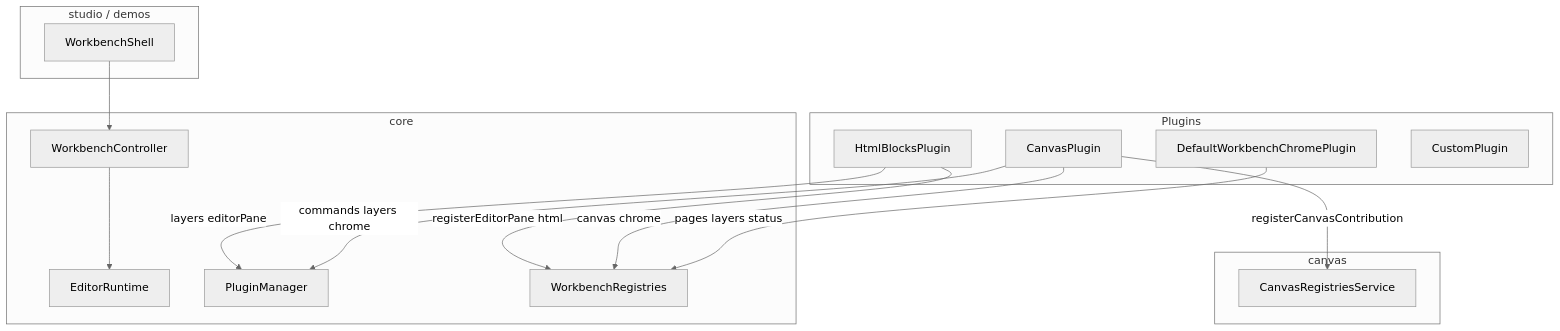
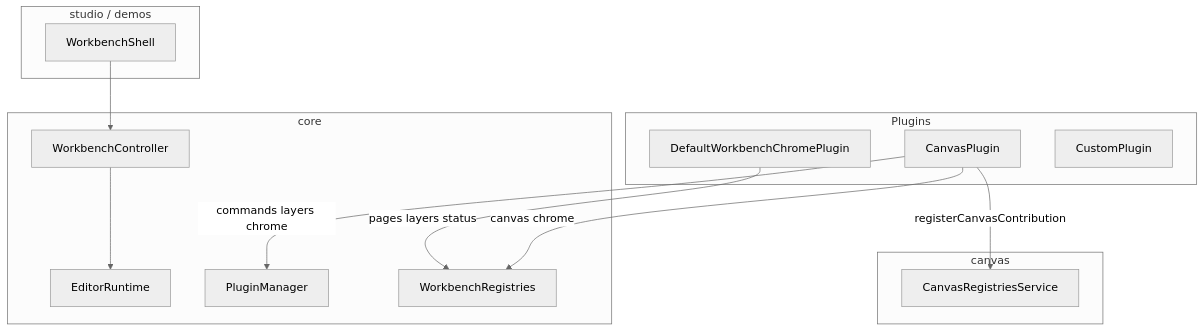
Before and after one commit to openenvx/editor: the diagram in Architecture.md, drawn with Mermaid (neutral theme). The commit also changed other lines of this file and 29 other files, not shown here.

````diff
--- a/Architecture.md
+++ b/Architecture.md
@@ -74,29 +66,26 @@
 ```mermaid
 flowchart TB
   subgraph plugins [Plugins]
     Chrome[DefaultWorkbenchChromePlugin]
     CanvasPlugin[CanvasPlugin]
-    HtmlBlocks[HtmlBlocksPlugin]
     Custom[CustomPlugin]
   end
   subgraph canvasPkg [canvas]
     Registries[CanvasRegistriesService]
   end
   subgraph coreHost [core]
     Runtime[EditorRuntime]
     PluginHost[PluginManager]
     WbRegs[WorkbenchRegistries]
     Controller[WorkbenchController]
   end
   subgraph app [studio / demos]
     Shell[WorkbenchShell]
   end
   Chrome -->|pages layers status| WbRegs
   CanvasPlugin -->|commands layers chrome| PluginHost
   CanvasPlugin -->|registerCanvasContribution| Registries
   CanvasPlugin -->|canvas chrome| WbRegs
-  HtmlBlocks -->|layers editorPane| PluginHost
-  HtmlBlocks -->|registerEditorPane html| WbRegs
   Shell --> Controller
   Controller --> Runtime
 ```
````
